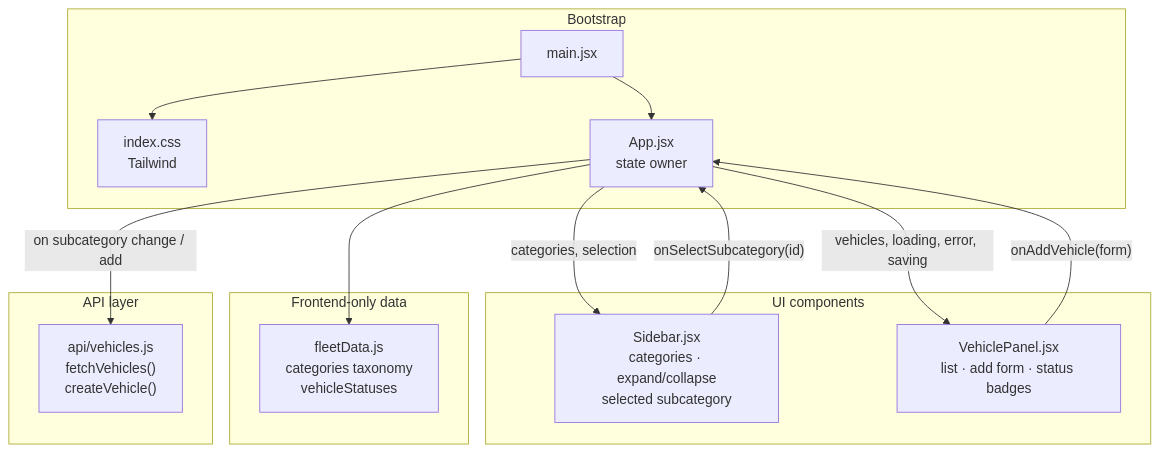
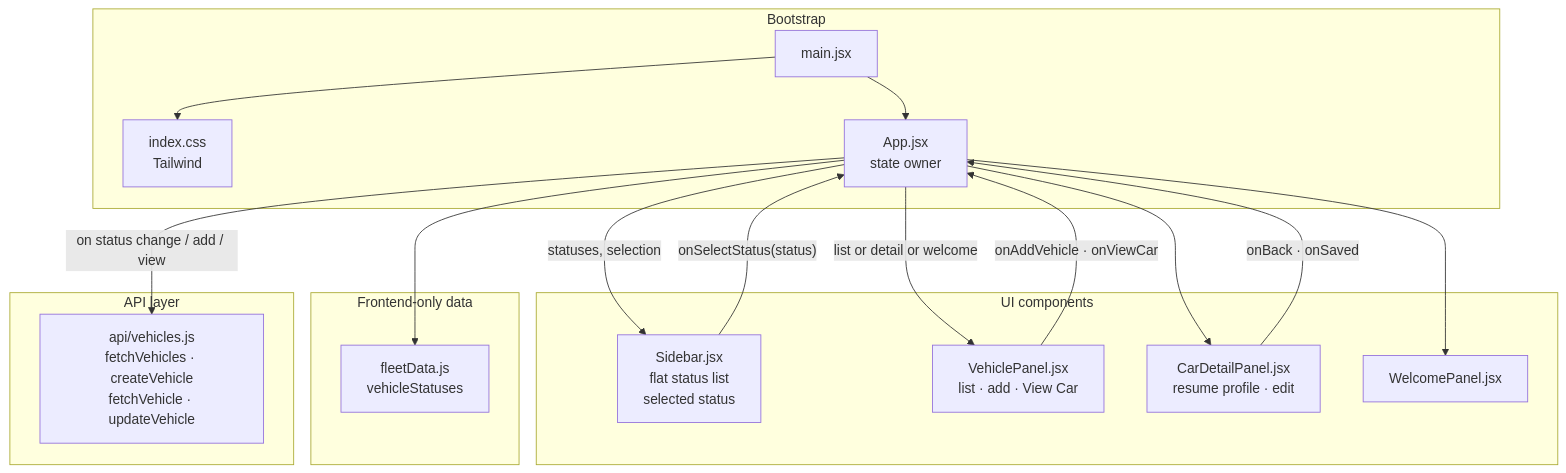
Before and after one commit to ajeske/fleet-app: the second of 10 diagrams in README.md, drawn with Mermaid. The commit also changed other lines of this file and 10 other files, not shown here.

First line of the commit message:
Expand fleet app into status-based browsing with car profiles and records.

````diff
--- a/README.md
+++ b/README.md
@@ -65,30 +65,35 @@
 ```mermaid
 flowchart TB
   subgraph Entry["Bootstrap"]
     Main["main.jsx"]
     IndexCSS["index.css\nTailwind"]
     App["App.jsx\nstate owner"]
   end
 
   subgraph UI["UI components"]
-    Sidebar["Sidebar.jsx\ncategories · expand/collapse\nselected subcategory"]
-    Panel["VehiclePanel.jsx\nlist · add form · status badges"]
+    Sidebar["Sidebar.jsx\nflat status list\nselected status"]
+    Panel["VehiclePanel.jsx\nlist · add · View Car"]
+    Detail["CarDetailPanel.jsx\nresume profile · edit"]
+    Welcome["WelcomePanel.jsx"]
   end
 
   subgraph LocalData["Frontend-only data"]
-    FleetData["fleetData.js\ncategories taxonomy\nvehicleStatuses"]
+    FleetData["fleetData.js\nvehicleStatuses"]
   end
 
   subgraph ApiLayer["API layer"]
-    VehiclesApi["api/vehicles.js\nfetchVehicles()\ncreateVehicle()"]
+    VehiclesApi["api/vehicles.js\nfetchVehicles · createVehicle\nfetchVehicle · updateVehicle"]
   end
 
   Main --> App
   Main --> IndexCSS
-  App -->|"categories, selection"| Sidebar
-  App -->|"vehicles, loading, error, saving"| Panel
+  App -->|"statuses, selection"| Sidebar
+  App -->|"list or detail or welcome"| Panel
+  App --> Detail
+  App --> Welcome
   App --> FleetData
-  App -->|"on subcategory change / add"| VehiclesApi
-  Panel -->|"onAddVehicle(form)"| App
-  Sidebar -->|"onSelectSubcategory(id)"| App
+  App -->|"on status change / add / view"| VehiclesApi
+  Panel -->|"onAddVehicle · onViewCar"| App
+  Detail -->|"onBack · onSaved"| App
+  Sidebar -->|"onSelectStatus(status)"| App
 ```
````
